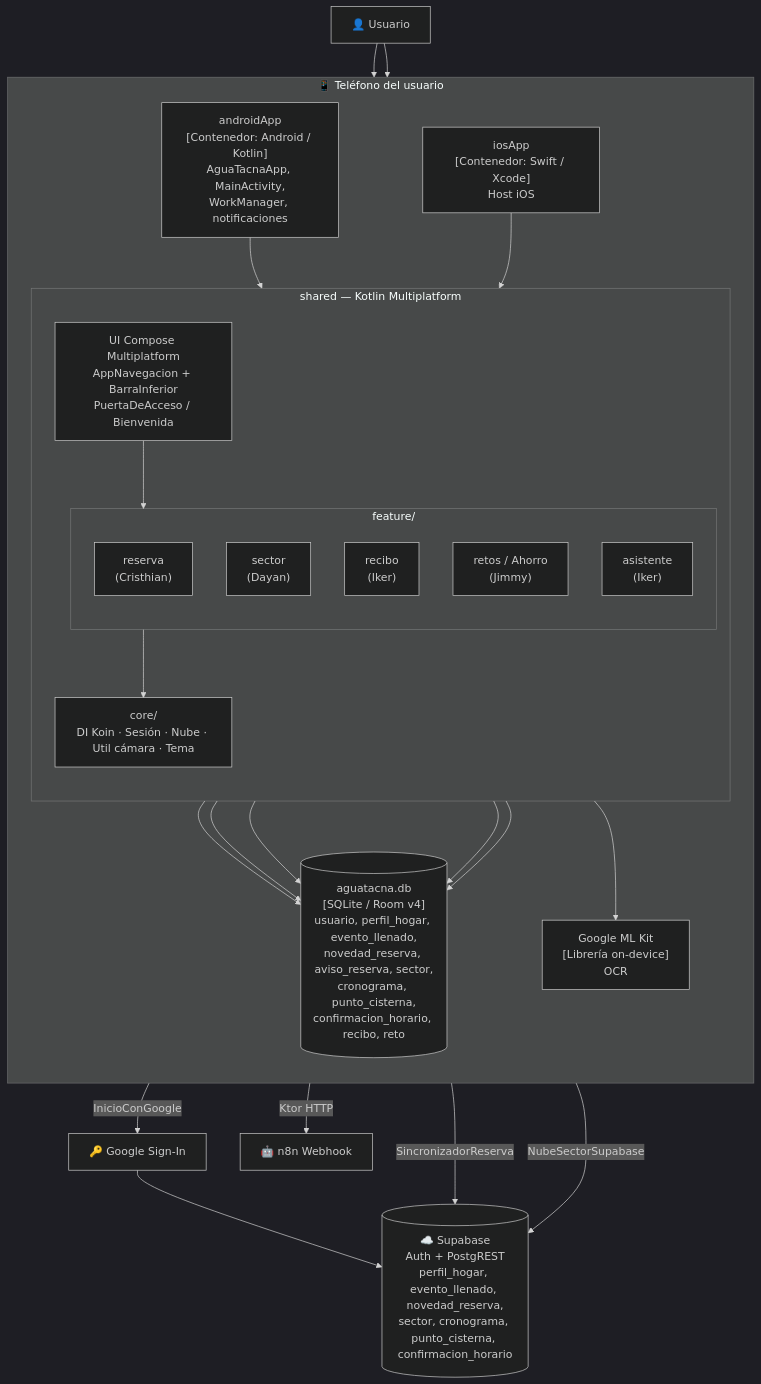
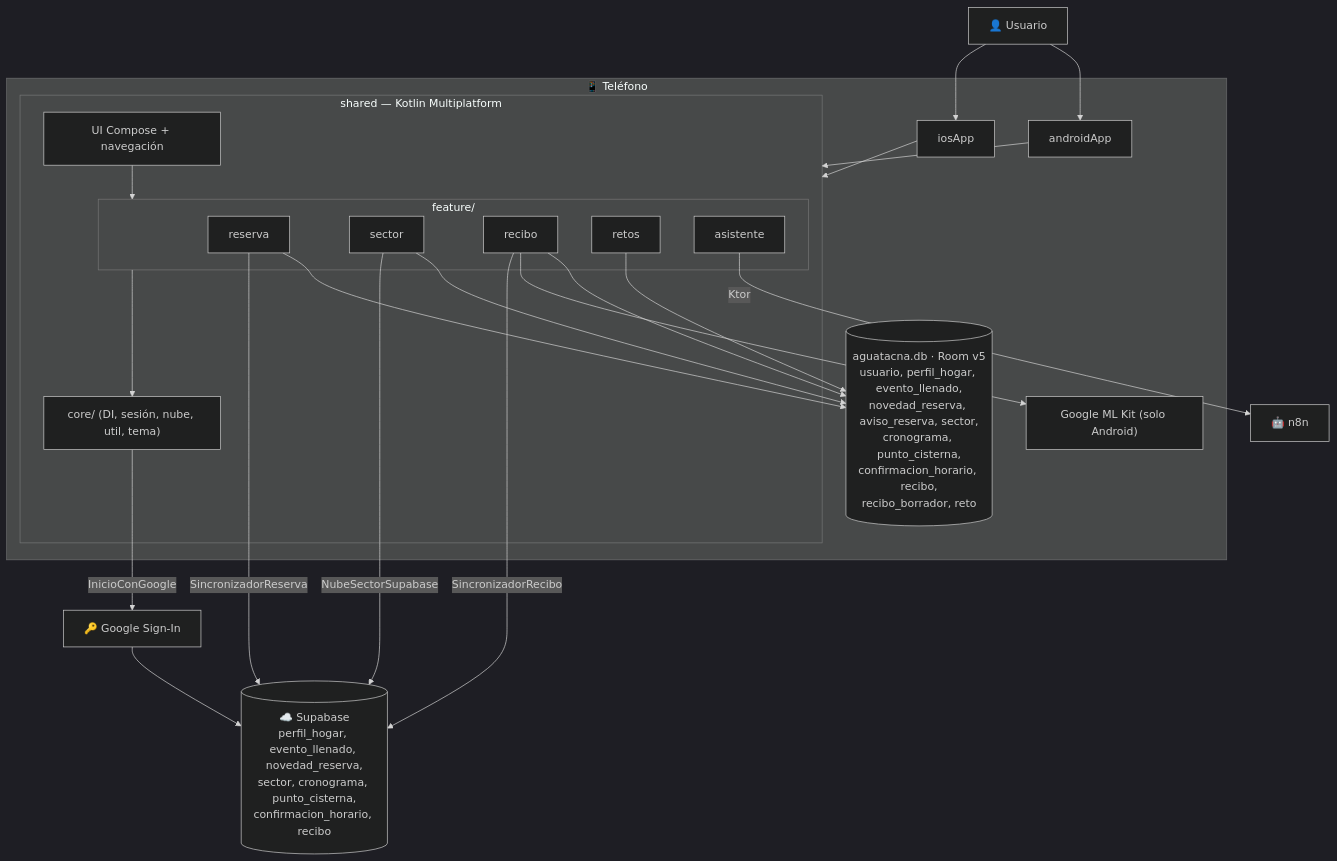
The eighth of 10 diagrams in informacionRecibo.md (IkerASierraR/pruebas_antitodo), drawn with Mermaid (dark theme) before and after one commit. The commit also changed other lines of this file, not shown here.

````diff
--- a/informacionRecibo.md
+++ b/informacionRecibo.md
@@ -524,48 +514,38 @@
 ```mermaid
 flowchart TB
     User["👤 Usuario"]
+    subgraph Dispositivo["📱 Teléfono"]
+        Android["androidApp"]
+        IOS["iosApp"]
+        subgraph Shared["shared — Kotlin Multiplatform"]
+            UI["UI Compose + navegación"]
+            subgraph Features["feature/"]
+                FRes["reserva"]
+                FSec["sector"]
+                FRec["recibo"]
+                FRet["retos"]
+                FAsi["asistente"]
+            end
+            Core["core/ (DI, sesión, nube, util, tema)"]
+        end
+        DB[("aguatacna.db · Room v5<br/>usuario, perfil_hogar, evento_llenado,<br/>novedad_reserva, aviso_reserva, sector,<br/>cronograma, punto_cisterna,<br/>confirmacion_horario, recibo,<br/>recibo_borrador, reto")]
+        MLKit["Google ML Kit (solo Android)"]
+    end
+    Supa[("☁️ Supabase<br/>perfil_hogar, evento_llenado, novedad_reserva,<br/>sector, cronograma, punto_cisterna,<br/>confirmacion_horario, recibo")]
+    Google["🔑 Google Sign-In"]
+    N8n["🤖 n8n"]
 
-    subgraph Dispositivo["📱 Teléfono del usuario"]
-        direction TB
-        Android["androidApp<br/>[Contenedor: Android / Kotlin]<br/>AguaTacnaApp, MainActivity,<br/>WorkManager, notificaciones"]
-        IOS["iosApp<br/>[Contenedor: Swift / Xcode]<br/>Host iOS"]
-
-        subgraph Shared["shared — Kotlin Multiplatform"]
-            direction TB
-            UI["UI Compose Multiplatform<br/>AppNavegacion + BarraInferior<br/>PuertaDeAcceso / Bienvenida"]
-            subgraph Features["feature/"]
-                FRes["reserva<br/>(Cristhian)"]
-                FSec["sector<br/>(Dayan)"]
-                FRec["recibo<br/>(Iker)"]
-                FRet["retos / Ahorro<br/>(Jimmy)"]
-                FAsi["asistente<br/>(Iker)"]
-            end
-            Core["core/<br/>DI Koin · Sesión · Nube · Util cámara · Tema"]
-        end
-
-        DB[("aguatacna.db<br/>[SQLite / Room v4]<br/>usuario, perfil_hogar, evento_llenado,<br/>novedad_reserva, aviso_reserva, sector,<br/>cronograma, punto_cisterna,<br/>confirmacion_horario, recibo, reto")]
-        MLKit["Google ML Kit<br/>[Librería on-device]<br/>OCR"]
-    end
-
-    Supa[("☁️ Supabase<br/>Auth + PostgREST<br/>perfil_hogar, evento_llenado, novedad_reserva,<br/>sector, cronograma, punto_cisterna, confirmacion_horario")]
-    Google["🔑 Google Sign-In"]
-    N8n["🤖 n8n Webhook"]
-
-    User --> Android
-    User --> IOS
+    User --> Android & IOS
     Android --> Shared
     IOS --> Shared
     UI --> Features
     Features --> Core
-    FRes --> DB
-    FSec --> DB
-    FRec --> DB
-    FRet --> DB
-    Core --> DB
+    FRes & FSec & FRec & FRet --> DB
     FRec --> MLKit
     FRes -->|SincronizadorReserva| Supa
     FSec -->|NubeSectorSupabase| Supa
+    FRec -->|SincronizadorRecibo| Supa
     Core -->|InicioConGoogle| Google
     Google --> Supa
-    FAsi -->|Ktor HTTP| N8n
+    FAsi -->|Ktor| N8n
 ```
````
